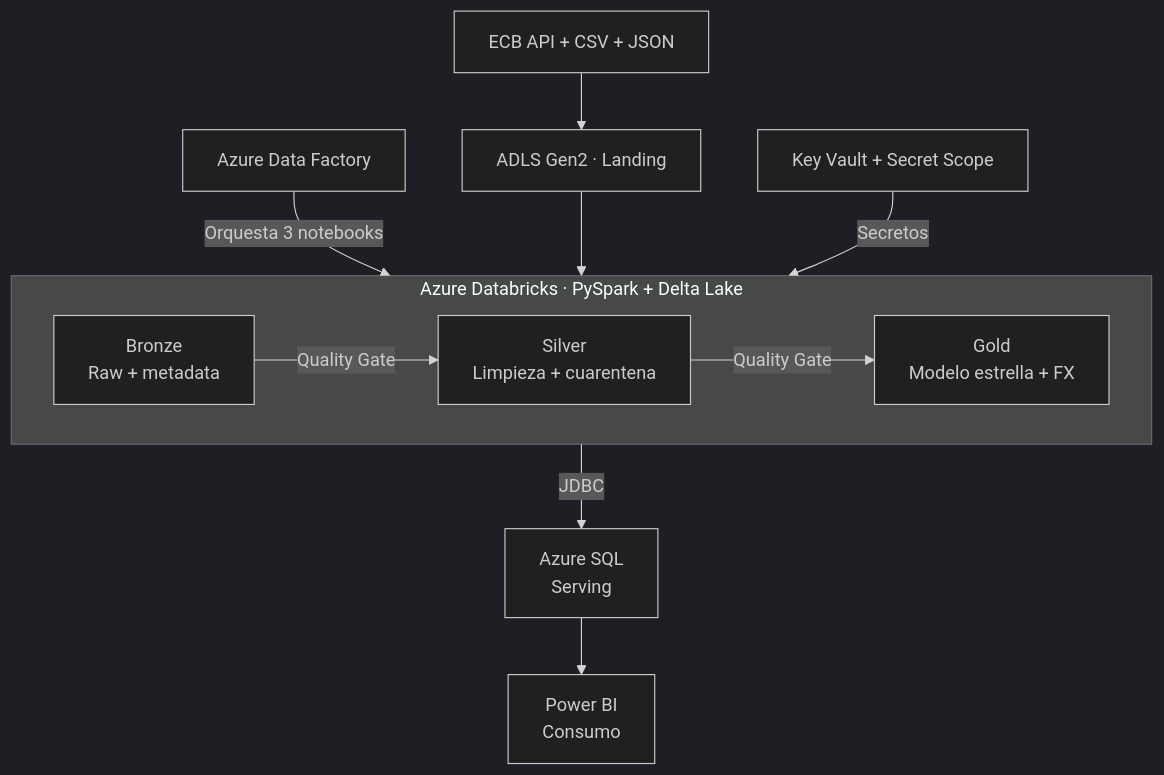
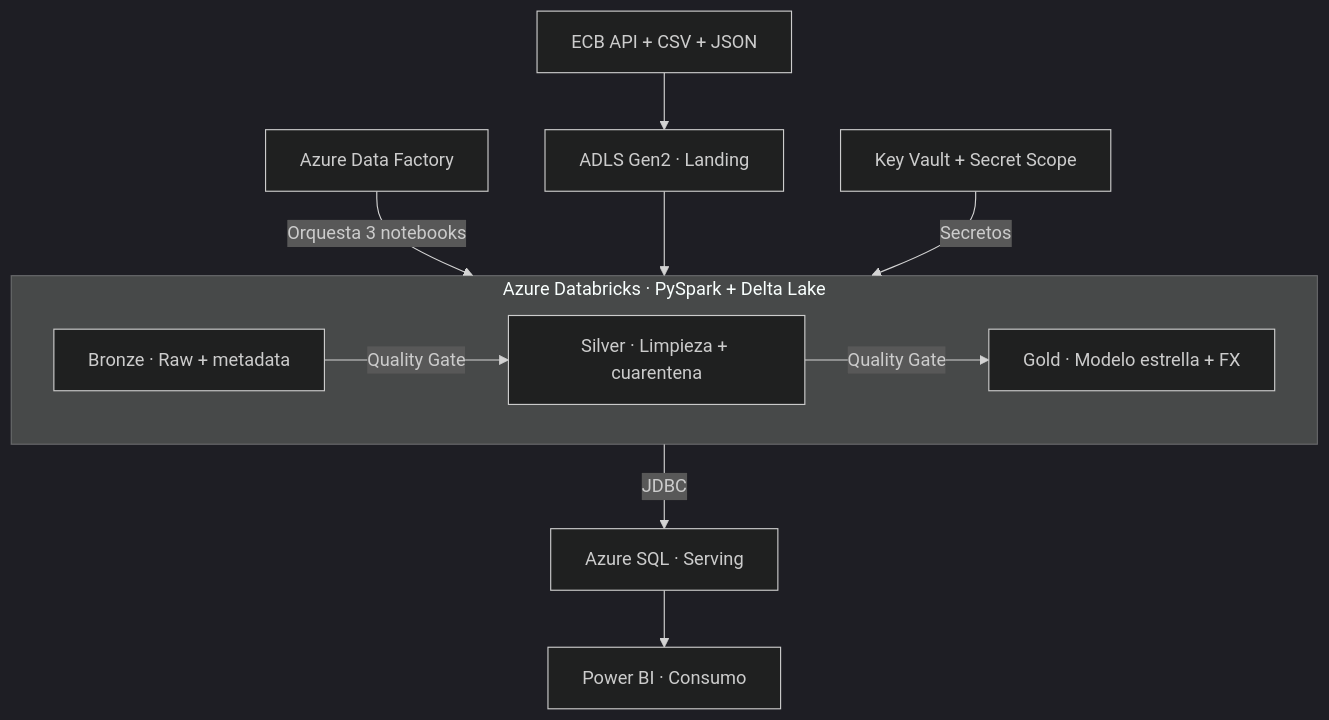
The diagram in 23-azure-adf-databricks-bank-fx/README.md (franciscosalaspla/data-engineering-portfolio), drawn with Mermaid (dark theme) before and after one commit. The commit also changed other lines of this file, not shown here.

Commit message:
docs: presenta pipeline Azure con relato accesible y detalle técnico desplegable

````diff
--- a/23-azure-adf-databricks-bank-fx/README.md
+++ b/23-azure-adf-databricks-bank-fx/README.md
@@ -12,16 +32,16 @@
 ```mermaid
 flowchart TD
     SRC["ECB API + CSV + JSON"] --> LAND["ADLS Gen2 · Landing"]
     ADF["Azure Data Factory"] -->|"Orquesta 3 notebooks"| BRONZE
 
     subgraph DBX["Azure Databricks · PySpark + Delta Lake"]
         direction LR
-        BRONZE["Bronze<br/>Raw + metadata"] -->|"Quality Gate"| SILVER["Silver<br/>Limpieza + cuarentena"]
-        SILVER -->|"Quality Gate"| GOLD["Gold<br/>Modelo estrella + FX"]
+        BRONZE["Bronze · Raw + metadata"] -->|"Quality Gate"| SILVER["Silver · Limpieza + cuarentena"]
+        SILVER -->|"Quality Gate"| GOLD["Gold · Modelo estrella + FX"]
     end
 
     LAND --> BRONZE
-    GOLD -->|"JDBC"| SQL["Azure SQL<br/>Serving"]
-    SQL --> BI["Power BI<br/>Consumo"]
+    GOLD -->|"JDBC"| SQL["Azure SQL · Serving"]
+    SQL --> BI["Power BI · Consumo"]
     KV["Key Vault + Secret Scope"] -->|"Secretos"| GOLD
 ```
````
